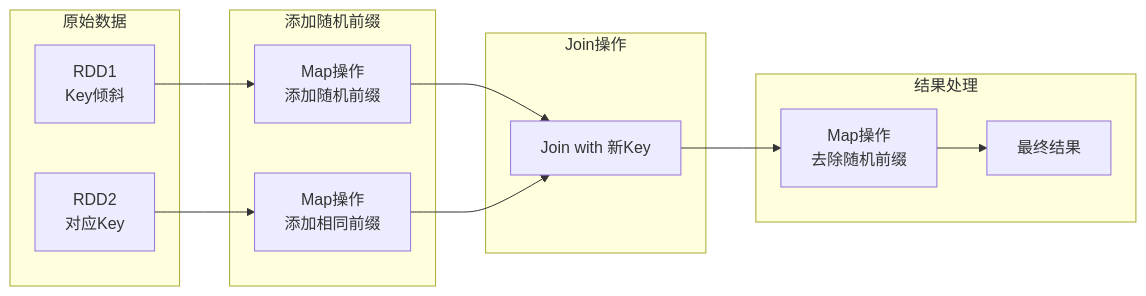
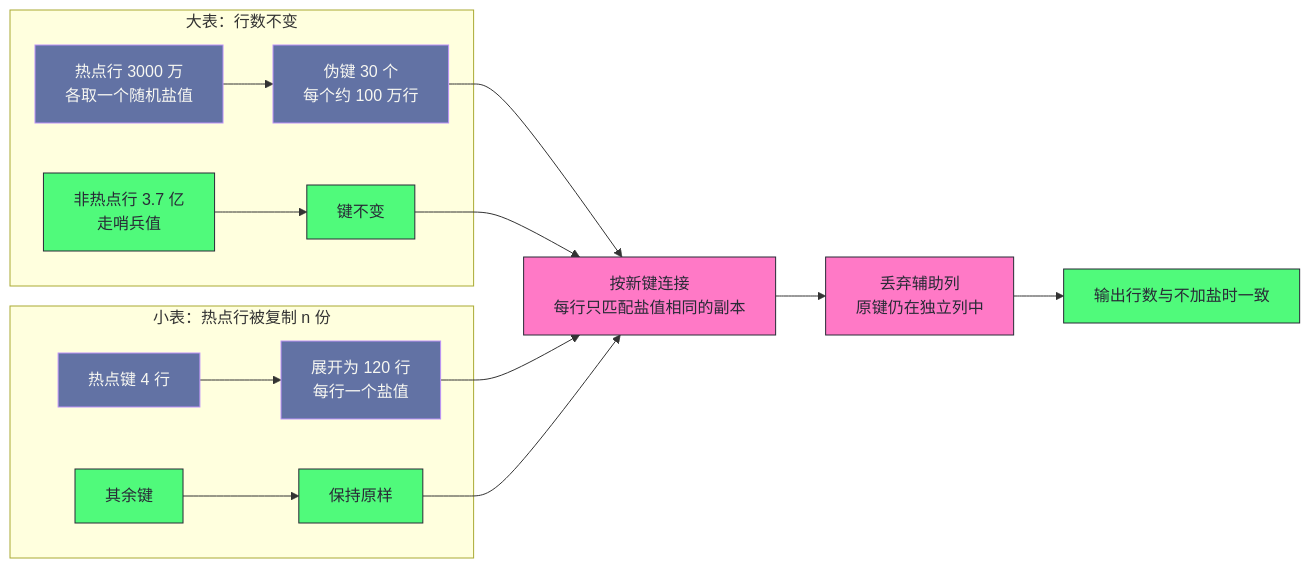
The fourth of 5 diagrams in content/大数据/Spark/读书笔记-spark内核/06_性能调优实战/10. 数据倾斜解决方案_下.md (hpliStartAgain/my-brain), drawn with Mermaid before and after one commit. The commit also changed other lines of this file and 259 other files, not shown here.

````diff
--- a/content/大数据/Spark/读书笔记-spark内核/06_性能调优实战/10. 数据倾斜解决方案_下.md
+++ b/content/大数据/Spark/读书笔记-spark内核/06_性能调优实战/10. 数据倾斜解决方案_下.md
@@ -235,22 +465,24 @@
 ```mermaid
+%%{init: {'theme': 'dracula'}}%%
 flowchart LR
-    subgraph "原始数据"
-        A["RDD1<br/>Key倾斜"]
-        B["RDD2<br/>对应Key"]
+    subgraph B["大表：行数不变"]
+        B1["热点行 3000 万<br/>各取一个随机盐值"] --> B2["伪键 30 个<br/>每个约 100 万行"]
+        B3["非热点行 3.7 亿<br/>走哨兵值"] --> B4["键不变"]
     end
-    
-    subgraph "添加随机前缀"
-        A --> C["Map操作<br/>添加随机前缀"]
-        B --> D["Map操作<br/>添加相同前缀"]
+    subgraph S["小表：热点行被复制 n 份"]
+        S1["热点键 4 行"] --> S2["展开为 120 行<br/>每行一个盐值"]
+        S3["其余键"] --> S4["保持原样"]
     end
-    
-    subgraph "Join操作"
-        C --> E["Join with 新Key"]
-        D --> E
-    end
-    
-    subgraph "结果处理"
-        E --> F["Map操作<br/>去除随机前缀"]
-        F --> G["最终结果"]
-    end
+    B2 --> J["按新键连接<br/>每行只匹配盐值相同的副本"]
+    S2 --> J
+    B4 --> J
+    S4 --> J
+    J --> D["丢弃辅助列<br/>原键仍在独立列中"]
+    D --> R["输出行数与不加盐时一致"]
+    classDef cost fill:#ff79c6,stroke:#282a36,color:#282a36
+    classDef flow fill:#6272a4,stroke:#bd93f9,color:#f8f8f2
+    classDef ok fill:#50fa7b,stroke:#282a36,color:#282a36
+    class B1,B2,S1,S2 flow
+    class J,D cost
+    class B3,B4,S3,S4,R ok
 ```
````
